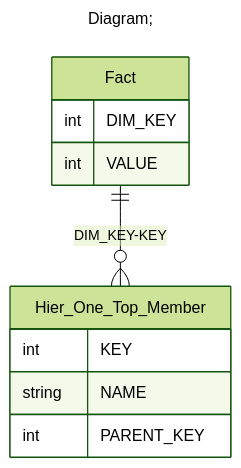
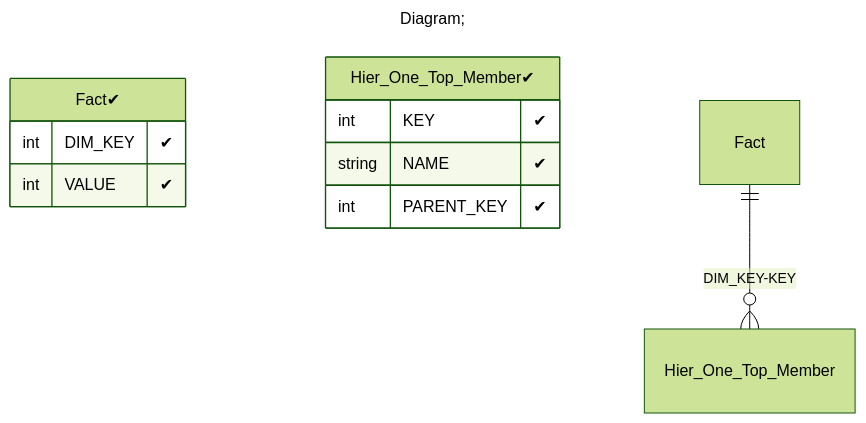
Before and after one commit to xmla-services/workground: the third of 3 diagrams in demo/server/catalogs/min_Level_parentColumn_parent_child_/README.MD, drawn with Mermaid (forest theme). The commit also changed 44 other files, not shown here.

Commit message:
tutorials. add flags (positive, negative) in database diagram Signed-off-by: dbulahov <bulahovdenis@gmail.com>

````diff
--- a/demo/server/catalogs/min_Level_parentColumn_parent_child_/README.MD
+++ b/demo/server/catalogs/min_Level_parentColumn_parent_child_/README.MD
@@ -86,17 +86,17 @@
 ```mermaid
 ---
 title: Diagram;
 ---
 erDiagram
-Fact{
-int DIM_KEY
-int VALUE
+"Fact✔"{
+int DIM_KEY "✔"
+int VALUE "✔"
 }
-Hier_One_Top_Member{
-int KEY
-string NAME
-int PARENT_KEY
+"Hier_One_Top_Member✔"{
+int KEY "✔"
+string NAME "✔"
+int PARENT_KEY "✔"
 }
 
 "Fact" ||--o{ "Hier_One_Top_Member" : "DIM_KEY-KEY"
 ```
````
